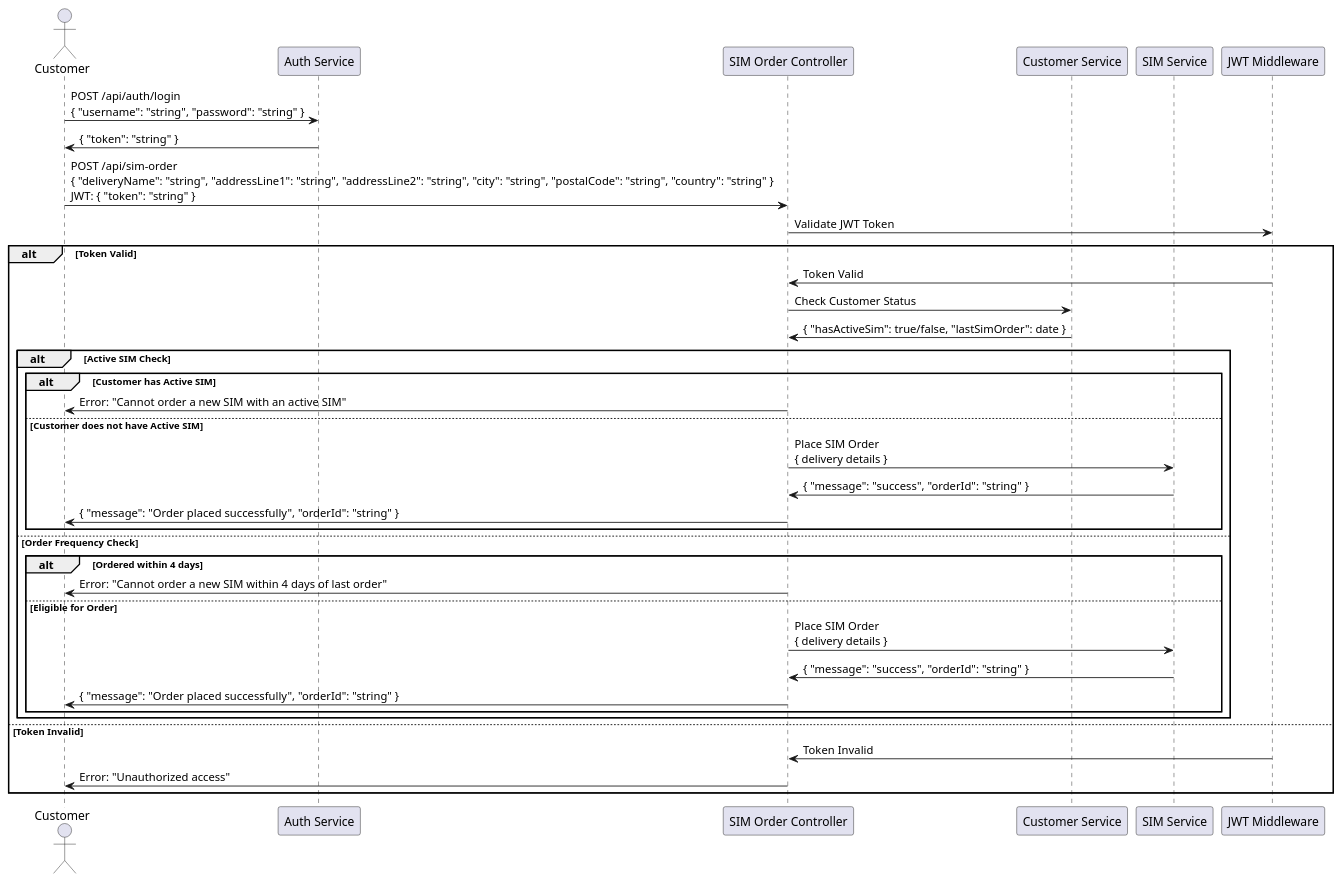
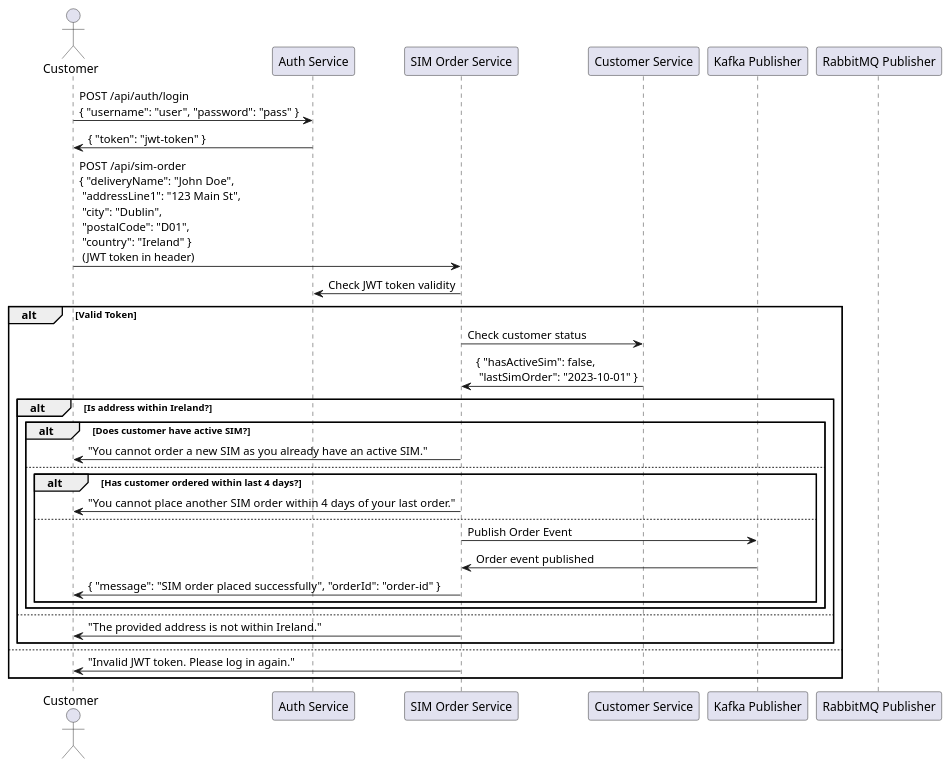
One commit to Bhaskar-Pavan/ThreeIreland_48 changed the diagram in design_document/ThreeIreland_48.md. Above: the diagram before and after it, drawn with PlantUML. The commit also changed other lines of this file, not shown here.

````diff
--- a/design_document/ThreeIreland_48.md
+++ b/design_document/ThreeIreland_48.md
@@ -41,44 +47,40 @@
 ```plantuml
 @startuml
-
 actor Customer
 participant "Auth Service" as Auth
-participant "SIM Order Controller" as SIMController
+participant "SIM Order Service" as SIMService
 participant "Customer Service" as CustomerService
-participant "SIM Service" as SIMService
-participant "JWT Middleware" as JWTMiddleware
+participant "Kafka Publisher" as Kafka
+participant "RabbitMQ Publisher" as RabbitMQ
 
-Customer -> Auth : POST /api/auth/login\n{ "username": "string", "password": "string" }
-Auth -> Customer : { "token": "string" }
+Customer -> Auth: POST /api/auth/login\n{ "username": "user", "password": "pass" }
+Auth -> Customer: { "token": "jwt-token" }
 
-Customer -> SIMController : POST /api/sim-order\n{ "deliveryName": "string", "addressLine1": "string", "addressLine2": "string", "city": "string", "postalCode": "string", "country": "string" }\nJWT: { "token": "string" }
-SIMController -> JWTMiddleware : Validate JWT Token
-alt Token Valid
-    JWTMiddleware -> SIMController : Token Valid
-    SIMController -> CustomerService : Check Customer Status
-    CustomerService -> SIMController : { "hasActiveSim": true/false, "lastSimOrder": date }
+Customer -> SIMService: POST /api/sim-order\n{ "deliveryName": "John Doe",\n "addressLine1": "123 Main St",\n "city": "Dublin",\n "postalCode": "D01",\n "country": "Ireland" }\n (JWT token in header)
 
-    alt Active SIM Check
-        alt Customer has Active SIM
-            SIMController -> Customer : Error: "Cannot order a new SIM with an active SIM"
-        else Customer does not have Active SIM
-            SIMController -> SIMService : Place SIM Order\n{ delivery details }
-            SIMService -> SIMController : { "message": "success", "orderId": "string" }
-            SIMController -> Customer : { "message": "Order placed successfully", "orderId": "string" }
+SIMService -> Auth: Check JWT token validity
+alt Valid Token
+    SIMService -> CustomerService: Check customer status
+    CustomerService -> SIMService: { "hasActiveSim": false,\n "lastSimOrder": "2023-10-01" }
+
+    alt Is address within Ireland?
+        alt Does customer have active SIM?
+            SIMService -> Customer: "You cannot order a new SIM as you already have an active SIM."
+        else
+            alt Has customer ordered within last 4 days?
+                SIMService -> Customer: "You cannot place another SIM order within 4 days of your last order."
+            else
+                SIMService -> Kafka: Publish Order Event
+                Kafka -> SIMService: Order event published
+                SIMService -> Customer: { "message": "SIM order placed successfully", "orderId": "order-id" }
+            end
         end
-    else Order Frequency Check
-        alt Ordered within 4 days
-            SIMController -> Customer : Error: "Cannot order a new SIM within 4 days of last order"
-        else Eligible for Order
-            SIMController -> SIMService : Place SIM Order\n{ delivery details }
-            SIMService -> SIMController : { "message": "success", "orderId": "string" }
-            SIMController -> Customer : { "message": "Order placed successfully", "orderId": "string" }
-        end
+    else
+        SIMService -> Customer: "The provided address is not within Ireland."
     end
-else Token Invalid
-    JWTMiddleware -> SIMController : Token Invalid
-    SIMController -> Customer : Error: "Unauthorized access"
+else
+    SIMService -> Customer: "Invalid JWT token. Please log in again."
 end
 
 @enduml
 ```
````
